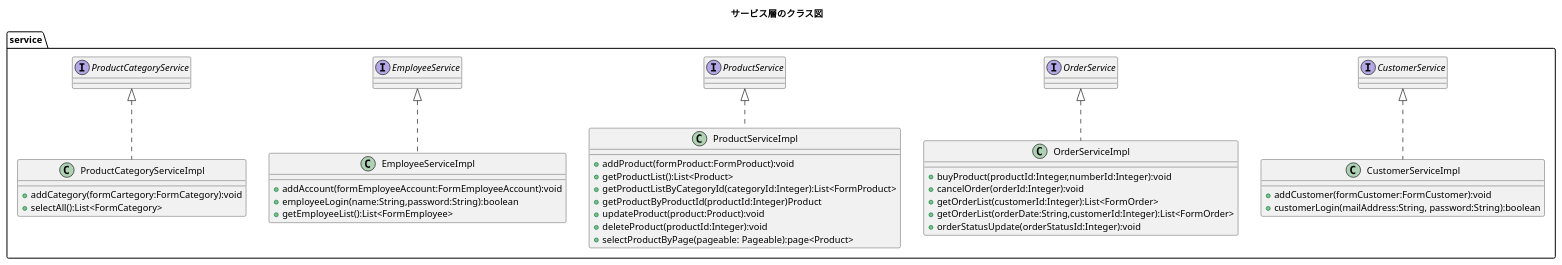
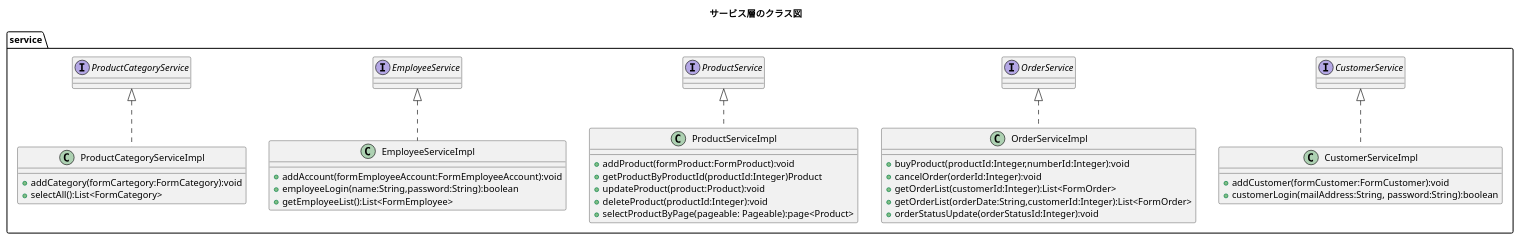
One commit to kanavii3333/ec-b changed the diagram in plan/uml/class/service.plantuml. Above: the diagram before and after it, drawn with PlantUML. The commit also changed 6 other files, not shown here.

```diff
--- a/plan/uml/class/service.plantuml
+++ b/plan/uml/class/service.plantuml
@@ -1,42 +1,40 @@
 @startuml
 title サービス層のクラス図
 package service{
 	class CustomerServiceImpl implements CustomerService{
 		+ addCustomer(formCustomer:FormCustomer):void
 		+ customerLogin(mailAddress:String, password:String):boolean
 	}
 	
 	class OrderServiceImpl implements OrderService{
 		+ buyProduct(productId:Integer,numberId:Integer):void
 		+ cancelOrder(orderId:Integer):void
 		+ getOrderList(customerId:Integer):List<FormOrder>
 		+ getOrderList(orderDate:String,customerId:Integer):List<FormOrder>
 		+ orderStatusUpdate(orderStatusId:Integer):void
 	}
 	
 	class ProductServiceImpl implements ProductService{
 		+ addProduct(formProduct:FormProduct):void
-		+ getProductList():List<Product>
-		+ getProductListByCategoryId(categoryId:Integer):List<FormProduct>
 		+ getProductByProductId(productId:Integer)Product
 		+ updateProduct(product:Product):void
 		+ deleteProduct(productId:Integer):void
 		+ selectProductByPage(pageable: Pageable):page<Product>
 	}
 
 
 	class EmployeeServiceImpl implements EmployeeService{
 		+ addAccount(formEmployeeAccount:FormEmployeeAccount):void
 		+ employeeLogin(name:String,password:String):boolean
 		+ getEmployeeList():List<FormEmployee>
 	}
 	
 	class ProductCategoryServiceImpl implements ProductCategoryService{
 		+ addCategory(formCartegory:FormCategory):void
 		+ selectAll():List<FormCategory>
 	}	
 }
 
 
 
 @enduml
```
